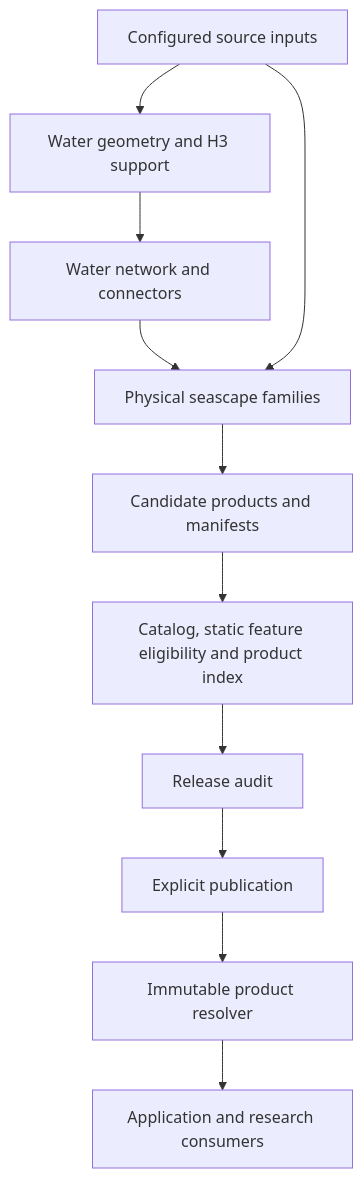
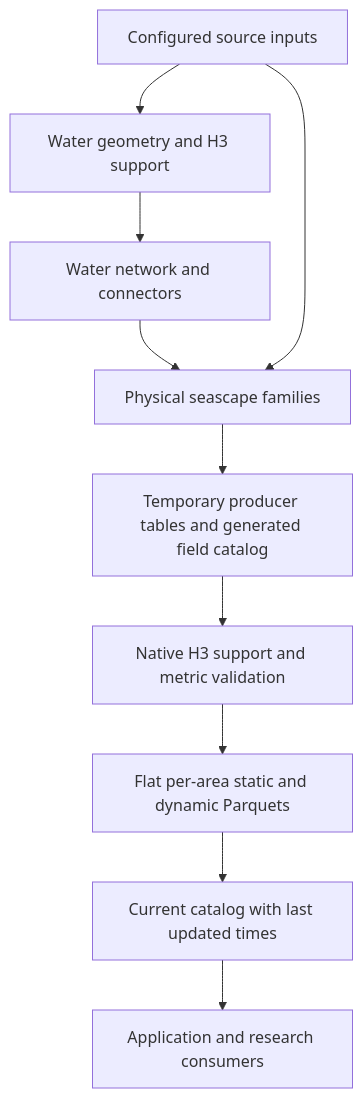
Before and after one commit to MarineCast/toolkit-seascape: the diagram in docs/ARCHITECTURE.md, drawn with Mermaid. The commit also changed other lines of this file and 136 other files, not shown here.

Commit message:
Deliver flat Seascape products with qualified habitat and study support

````diff
--- a/docs/ARCHITECTURE.md
+++ b/docs/ARCHITECTURE.md
@@ -13,13 +13,12 @@
 ```mermaid
 flowchart TD
     A[Configured source inputs] --> B[Water geometry and H3 support]
     B --> C[Water network and connectors]
     C --> D[Physical seascape families]
     A --> D
-    D --> E[Candidate products and manifests]
-    E --> F[Catalog, static feature eligibility and product index]
-    F --> G[Release audit]
-    G --> H[Explicit publication]
-    H --> I[Immutable product resolver]
-    I --> J[Application and research consumers]
+    D --> E[Temporary producer tables and generated field catalog]
+    E --> F[Native H3 support and metric validation]
+    F --> G[Flat per-area static and dynamic Parquets]
+    G --> H[Current catalog with last updated times]
+    H --> J[Application and research consumers]
 ```
````
